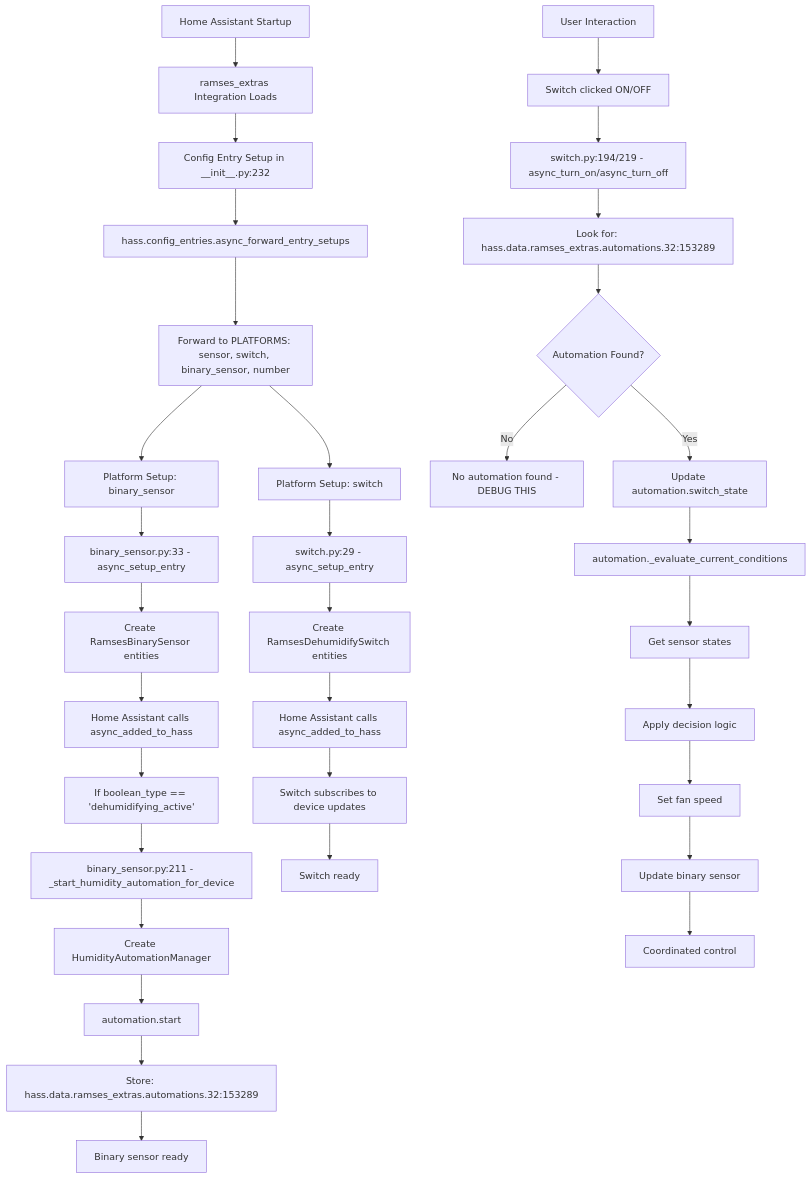
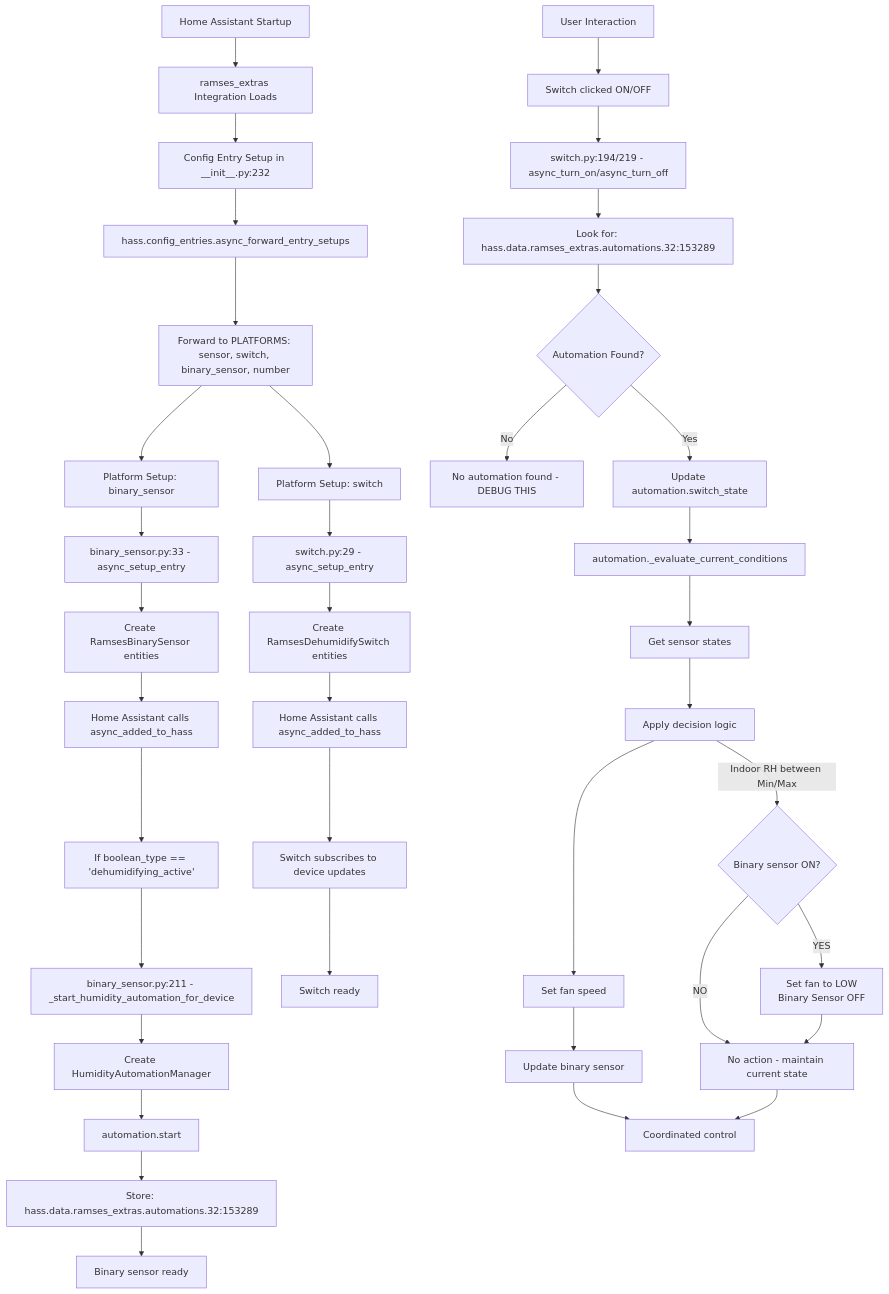
One commit to wimpie70/ramses_extras changed the fifth of 5 diagrams in docs/humidity_automation_flow.md. Above: the diagram before and after it, drawn with Mermaid. The commit also changed other lines of this file and 2 other files, not shown here.

Commit message:
fix humid control condition: when active but the rel humid drops between range, we should set speed to LOW

````diff
--- a/docs/humidity_automation_flow.md
+++ b/docs/humidity_automation_flow.md
@@ -76,43 +83,49 @@
 ```mermaid
 graph TD
     A[Home Assistant Startup] --> B[ramses_extras Integration Loads]
     B --> C[Config Entry Setup in __init__.py:232]
     C --> D[hass.config_entries.async_forward_entry_setups]
     D --> E[Forward to PLATFORMS: sensor, switch, binary_sensor, number]
 
     E --> F[Platform Setup: binary_sensor]
     E --> G[Platform Setup: switch]
 
     F --> H[binary_sensor.py:33 - async_setup_entry]
     G --> I[switch.py:29 - async_setup_entry]
 
     H --> J[Create RamsesBinarySensor entities]
     I --> K[Create RamsesDehumidifySwitch entities]
 
     J --> L[Home Assistant calls async_added_to_hass]
     K --> M[Home Assistant calls async_added_to_hass]
 
     L --> N[If boolean_type == 'dehumidifying_active']
     N --> O[binary_sensor.py:211 - _start_humidity_automation_for_device]
     O --> P[Create HumidityAutomationManager]
     P --> Q[automation.start]
     Q --> R[Store: hass.data.ramses_extras.automations.32:153289]
     R --> S[Binary sensor ready]
 
     M --> T[Switch subscribes to device updates]
     T --> U[Switch ready]
 
     V[User Interaction] --> W[Switch clicked ON/OFF]
     W --> X[switch.py:194/219 - async_turn_on/async_turn_off]
     X --> Y[Look for: hass.data.ramses_extras.automations.32:153289]
 
     Y --> Z{Automation Found?}
     Z -->|No| AA[No automation found - DEBUG THIS]
     Z -->|Yes| BB[Update automation.switch_state]
     BB --> CC[automation._evaluate_current_conditions]
     CC --> DD[Get sensor states]
     DD --> EE[Apply decision logic]
     EE --> FF[Set fan speed]
     FF --> GG[Update binary sensor]
     GG --> HH[Coordinated control]
+
+    EE -->|Indoor RH between Min/Max| II{Binary sensor ON?}
+    II -->|YES| JJ[Set fan to LOW<br/>Binary Sensor OFF]
+    II -->|NO| KK[No action - maintain current state]
+    JJ --> KK
+    KK --> HH
 ```
````
